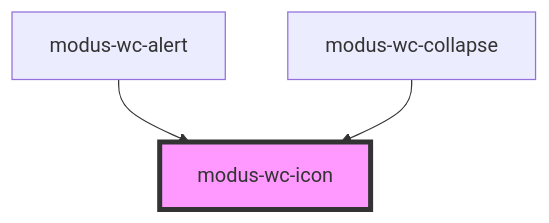
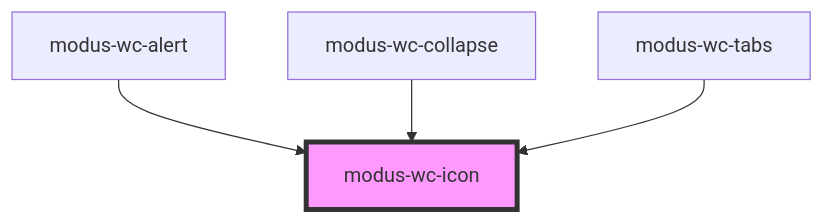
Before and after one commit to trimble-oss/modus-wc-2.0: the diagram in src/components/atoms/modus-wc-icon/readme.md, drawn with Mermaid. The commit also changed other lines of this file and 16 other files, not shown here.

````diff
--- a/src/components/atoms/modus-wc-icon/readme.md
+++ b/src/components/atoms/modus-wc-icon/readme.md
@@ -34,6 +35,7 @@
 ```mermaid
 graph TD;
   modus-wc-alert --> modus-wc-icon
   modus-wc-collapse --> modus-wc-icon
+  modus-wc-tabs --> modus-wc-icon
   style modus-wc-icon fill:#f9f,stroke:#333,stroke-width:4px
 ```
````
